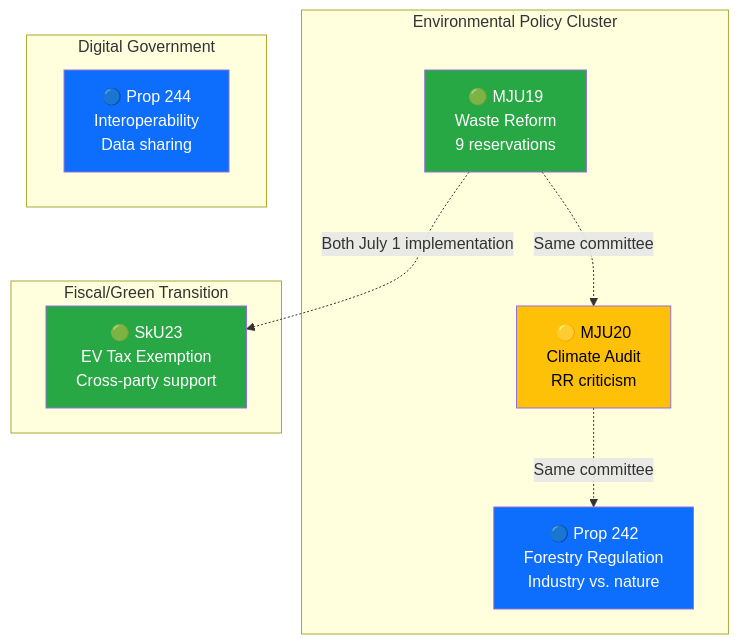
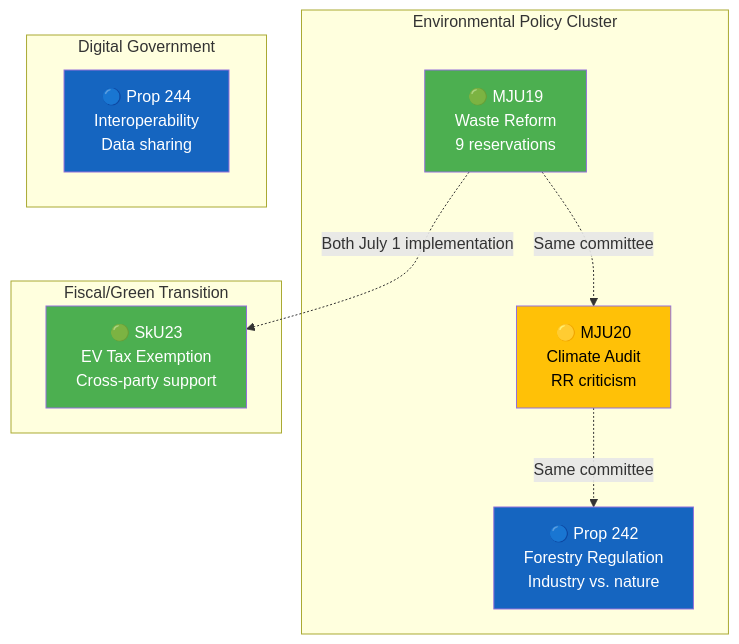
Before and after one commit to Hack23/riksdagsmonitor: the diagram in analysis/daily/2026-04-16/realtime-1037/synthesis-summary.md, drawn with Mermaid. The commit also changed 785 other files, not shown here.

First line of the commit message:
Normalize mermaid colors across 786 analysis artifacts to ISMS Style Guide palette

````diff
--- a/analysis/daily/2026-04-16/realtime-1037/synthesis-summary.md
+++ b/analysis/daily/2026-04-16/realtime-1037/synthesis-summary.md
@@ -36,22 +36,22 @@
 ```mermaid
 graph TD
     subgraph "Environmental Policy Cluster"
         MJU19["🟢 MJU19<br/>Waste Reform<br/>9 reservations"]
         MJU20["🟡 MJU20<br/>Climate Audit<br/>RR criticism"]
         PROP242["🔵 Prop 242<br/>Forestry Regulation<br/>Industry vs. nature"]
     end
     subgraph "Fiscal/Green Transition"
         SKU23["🟢 SkU23<br/>EV Tax Exemption<br/>Cross-party support"]
     end
     subgraph "Digital Government"
         PROP244["🔵 Prop 244<br/>Interoperability<br/>Data sharing"]
     end
     MJU19 -.->|"Same committee"| MJU20
     MJU20 -.->|"Same committee"| PROP242
     MJU19 -.->|"Both July 1 implementation"| SKU23
-    style MJU19 fill:#28a745,color:#fff
-    style MJU20 fill:#ffc107,color:#000
-    style PROP242 fill:#0d6efd,color:#fff
-    style SKU23 fill:#28a745,color:#fff
-    style PROP244 fill:#0d6efd,color:#fff
+    style MJU19 fill:#4CAF50,color:#FFFFFF
+    style MJU20 fill:#FFC107,color:#000000
+    style PROP242 fill:#1565C0,color:#FFFFFF
+    style SKU23 fill:#4CAF50,color:#FFFFFF
+    style PROP244 fill:#1565C0,color:#FFFFFF
 ```
````
